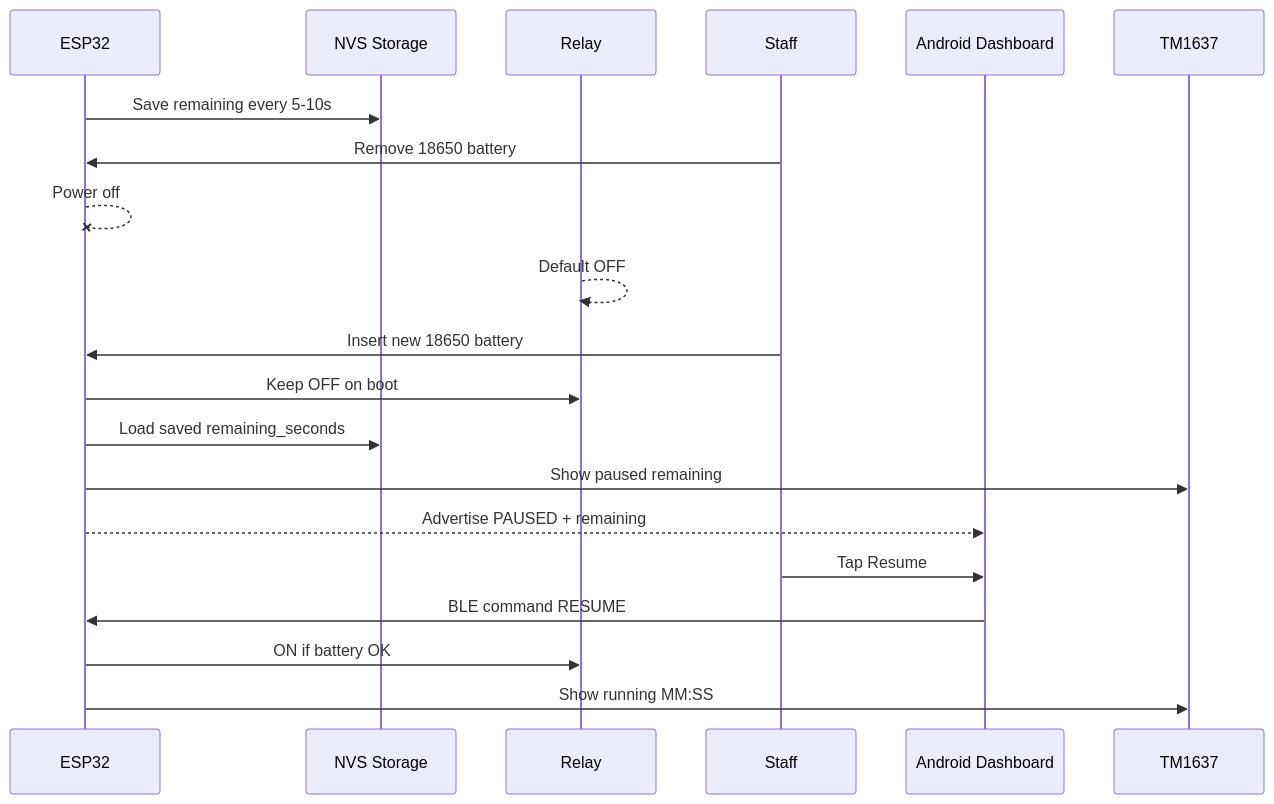
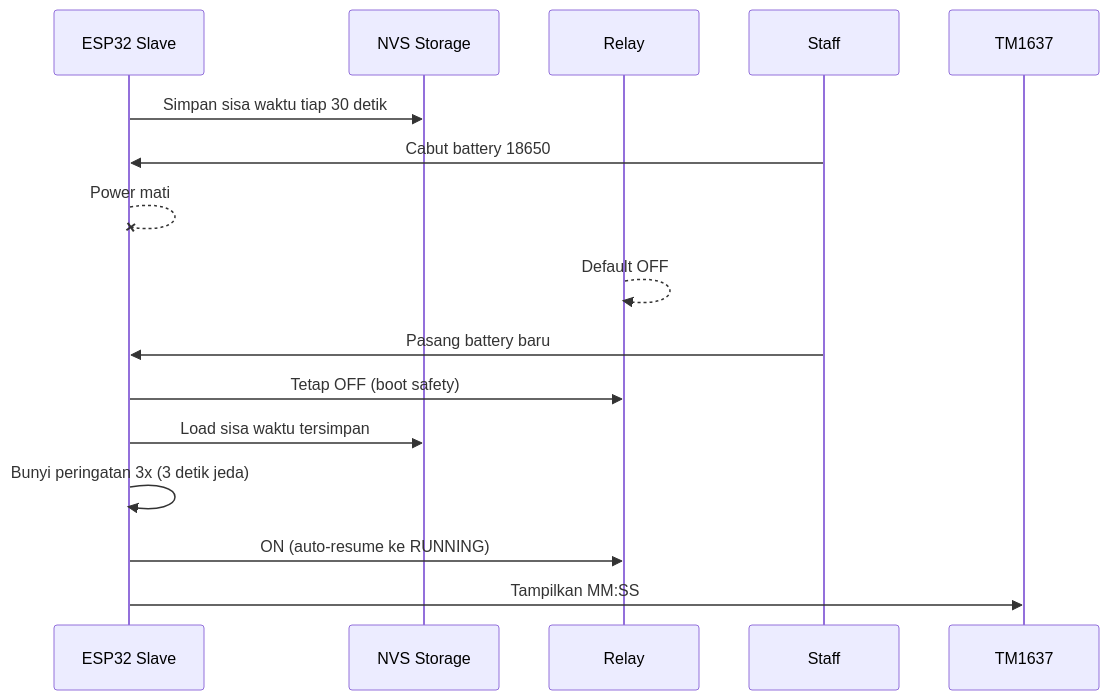
The fifth of 7 diagrams in docs/MERMAID_DIAGRAMS.md (trefeon/excavator-rental-timer), drawn with Mermaid before and after one commit. The commit also changed other lines of this file and 12 other files, not shown here.

Commit message:
feat: migrate from BLE direct to Wi-Fi Master-Slave architecture for excavator rental timer module

````diff
--- a/docs/MERMAID_DIAGRAMS.md
+++ b/docs/MERMAID_DIAGRAMS.md
@@ -134,23 +142,19 @@
 ```mermaid
 sequenceDiagram
-  participant ESP as ESP32
+  participant ESP as ESP32 Slave
   participant Store as NVS Storage
   participant Relay
   participant Staff
-  participant App as Android Dashboard
   participant Display as TM1637
 
-  ESP->>Store: Save remaining every 5-10s
-  Staff->>ESP: Remove 18650 battery
-  ESP--xESP: Power off
+  ESP->>Store: Simpan sisa waktu tiap 30 detik
+  Staff->>ESP: Cabut battery 18650
+  ESP--xESP: Power mati
   Relay-->>Relay: Default OFF
-  Staff->>ESP: Insert new 18650 battery
-  ESP->>Relay: Keep OFF on boot
-  ESP->>Store: Load saved remaining_seconds
-  ESP->>Display: Show paused remaining
-  ESP-->>App: Advertise PAUSED + remaining
-  Staff->>App: Tap Resume
-  App->>ESP: BLE command RESUME
-  ESP->>Relay: ON if battery OK
-  ESP->>Display: Show running MM:SS
+  Staff->>ESP: Pasang battery baru
+  ESP->>Relay: Tetap OFF (boot safety)
+  ESP->>Store: Load sisa waktu tersimpan
+  ESP->>ESP: Bunyi peringatan 3x (3 detik jeda)
+  ESP->>Relay: ON (auto-resume ke RUNNING)
+  ESP->>Display: Tampilkan MM:SS
 ```
````
